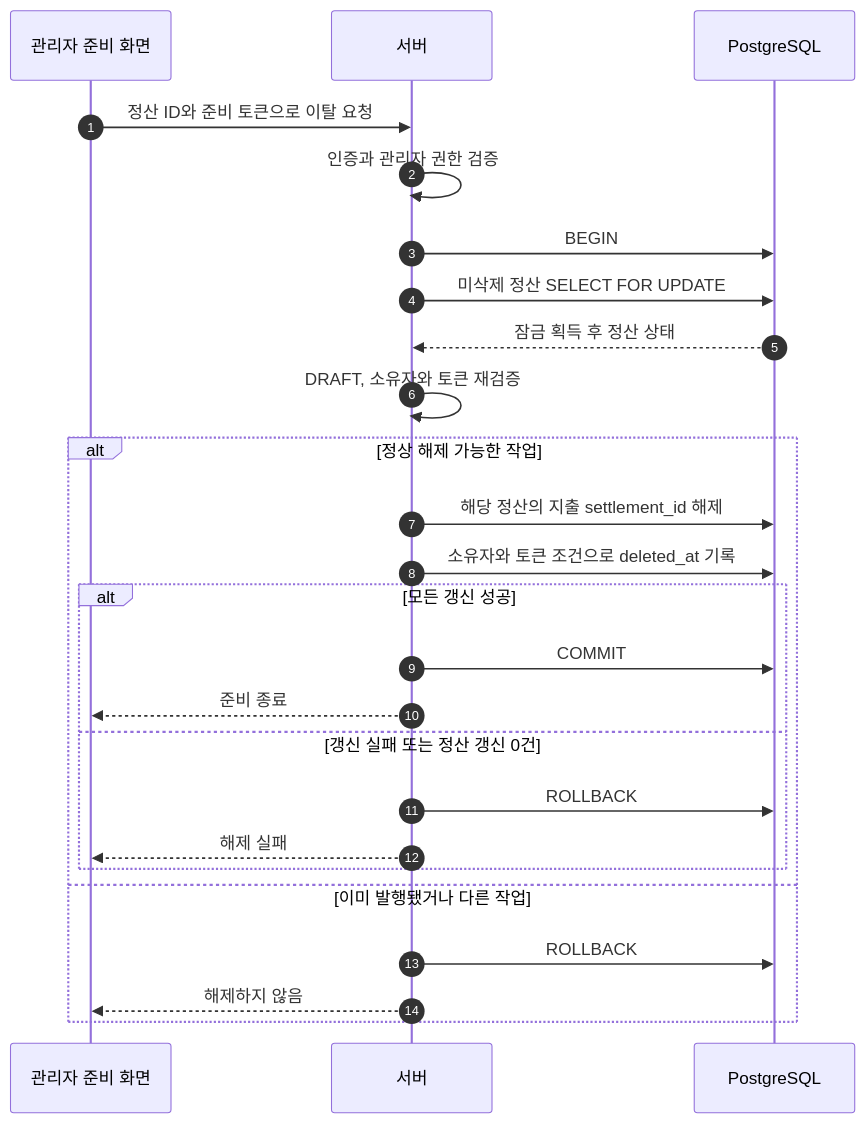
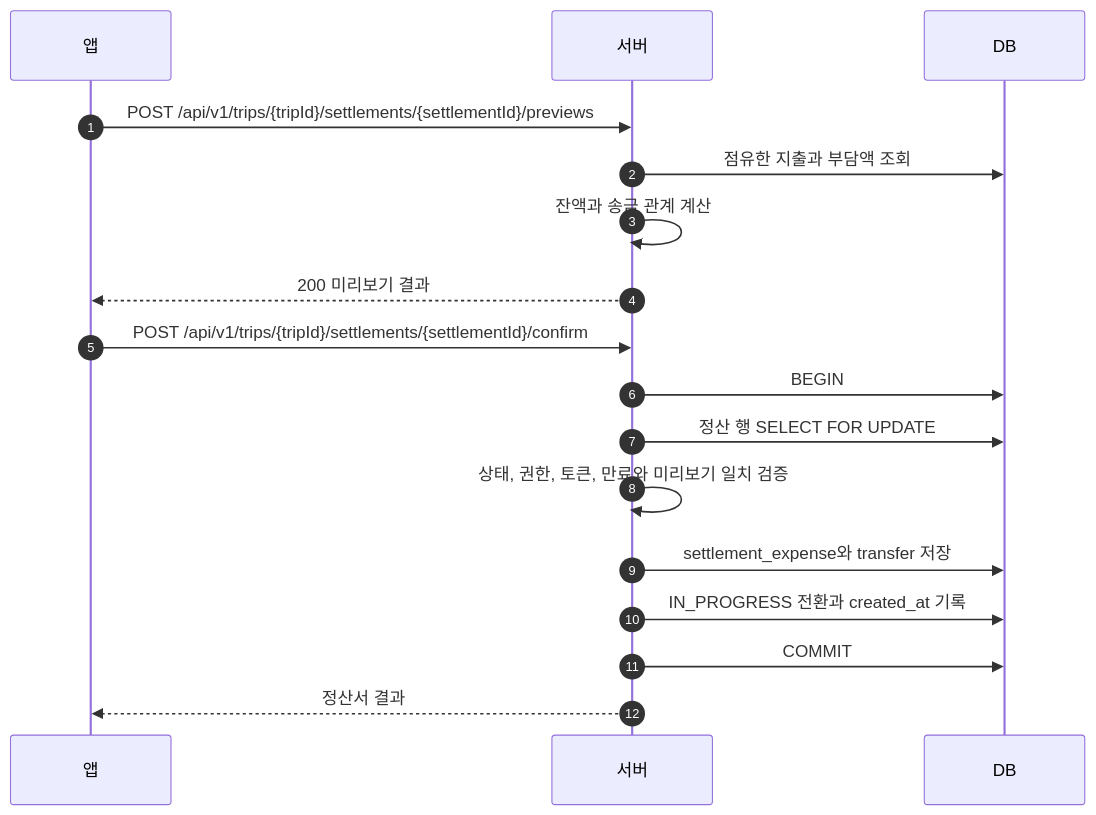
The third of 3 diagrams in design/settlement.md (JECT-Study/Billit-5th-Docs), drawn with Mermaid before and after one commit. The commit also changed other lines of this file, not shown here.

````diff
--- a/design/settlement.md
+++ b/design/settlement.md
@@ -392,27 +366,20 @@
 ```mermaid
 sequenceDiagram
     autonumber
-    participant App as 관리자 준비 화면
+    participant App as 앱
     participant Server as 서버
-    participant DB as PostgreSQL
-    App->>Server: 정산 ID와 준비 토큰으로 이탈 요청
-    Server->>Server: 인증과 관리자 권한 검증
+    participant DB as DB
+
+    App->>Server: POST /api/v1/trips/{tripId}/settlements/{settlementId}/previews
+    Server->>DB: 점유한 지출과 부담액 조회
+    Server->>Server: 잔액과 송금 관계 계산
+    Server-->>App: 200 미리보기 결과
+    App->>Server: POST /api/v1/trips/{tripId}/settlements/{settlementId}/confirm
     Server->>DB: BEGIN
-    Server->>DB: 미삭제 정산 SELECT FOR UPDATE
-    DB-->>Server: 잠금 획득 후 정산 상태
-    Server->>Server: DRAFT, 소유자와 토큰 재검증
-    alt 정상 해제 가능한 작업
-        Server->>DB: 해당 정산의 지출 settlement_id 해제
-        Server->>DB: 소유자와 토큰 조건으로 deleted_at 기록
-        alt 모든 갱신 성공
-            Server->>DB: COMMIT
-            Server-->>App: 준비 종료
-        else 갱신 실패 또는 정산 갱신 0건
-            Server->>DB: ROLLBACK
-            Server-->>App: 해제 실패
-        end
-    else 이미 발행됐거나 다른 작업
-        Server->>DB: ROLLBACK
-        Server-->>App: 해제하지 않음
-    end
+    Server->>DB: 정산 행 SELECT FOR UPDATE
+    Server->>Server: 상태, 권한, 토큰, 만료와 미리보기 일치 검증
+    Server->>DB: settlement_expense와 transfer 저장
+    Server->>DB: IN_PROGRESS 전환과 created_at 기록
+    Server->>DB: COMMIT
+    Server-->>App: 정산서 결과
 ```
````
